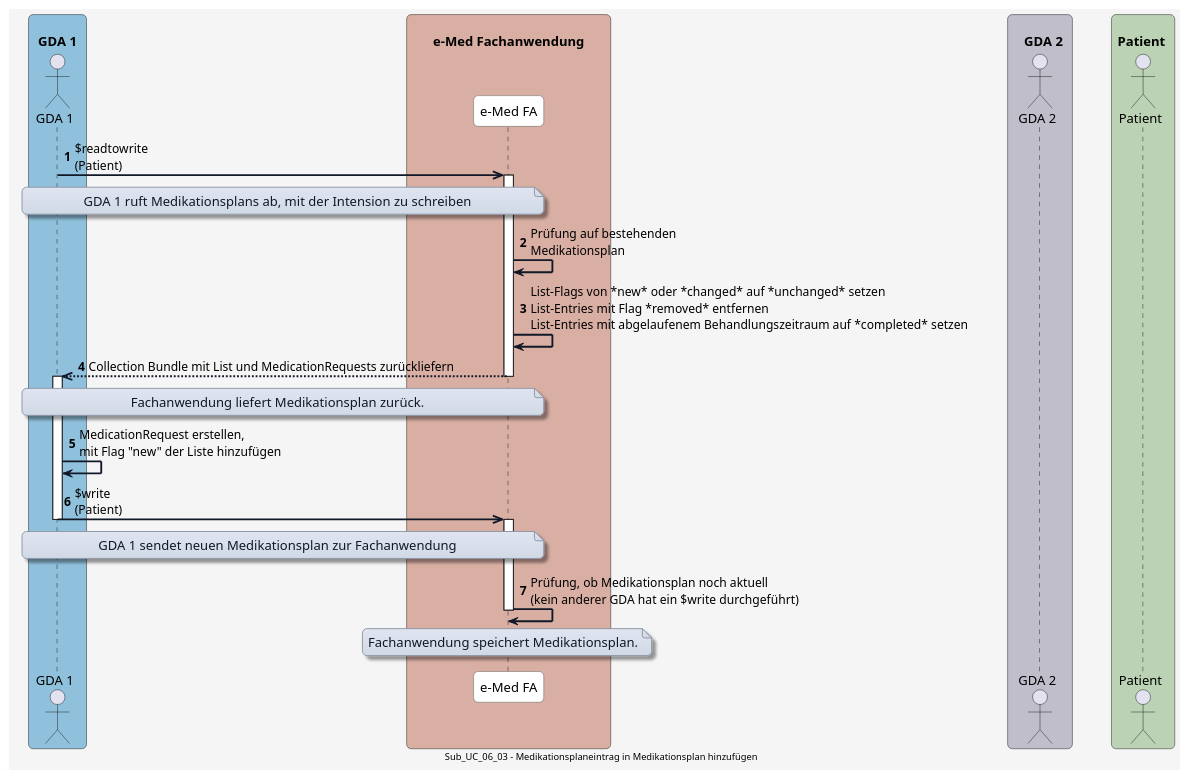
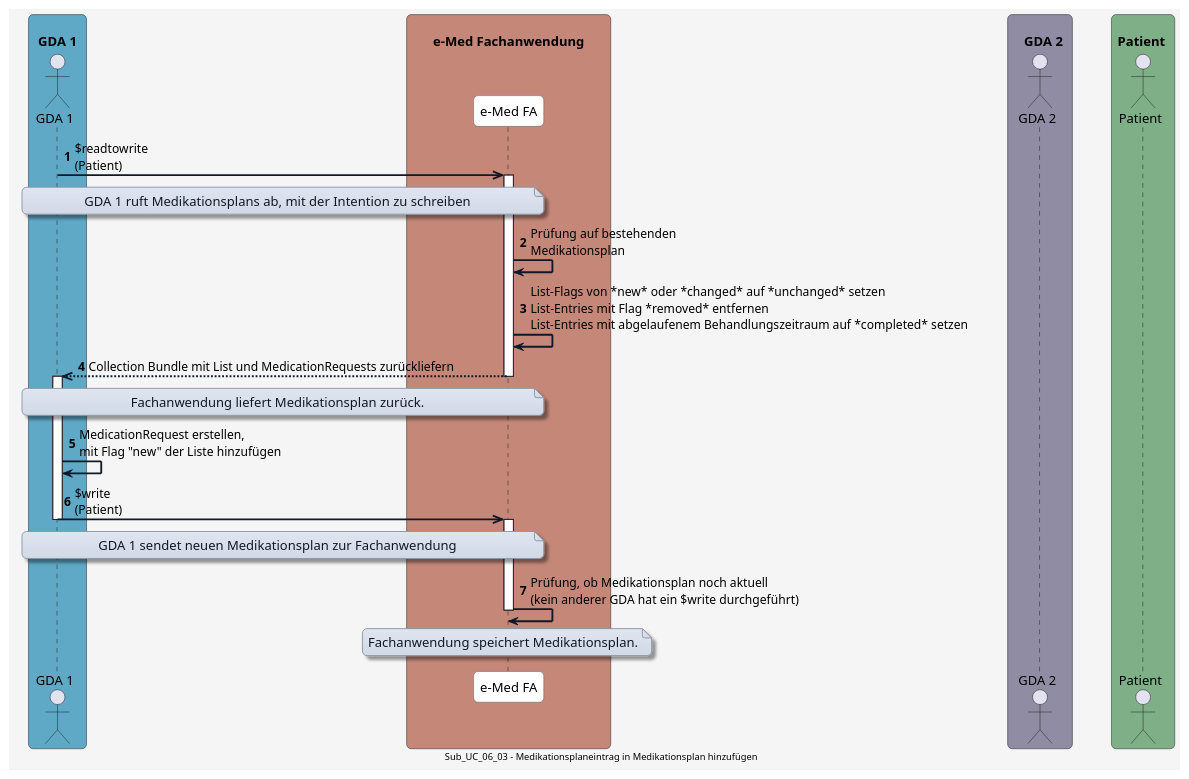
One commit to HL7Austria/ELGA-e-Medikation-R4 changed the diagram in input/images-source/UC_06_03.plantuml. Above: the diagram before and after it, drawn with PlantUML. The commit also changed 6 other files, not shown here.

Commit message:
Adapt diagram

```diff
--- a/input/images-source/UC_06_03.plantuml
+++ b/input/images-source/UC_06_03.plantuml
@@ -1,101 +1,101 @@
 @startuml
 skinparam borderColor #000000
 skinparam backgroundColor #f5f5f5
 skinparam shadowing false
 skinparam roundCorner 10
 skinparam defaultFontName "Arial"
 skinparam defaultFontSize 14
 skinparam defaultFontColor #000000
 
 skinparam note {
   BackgroundColor #e0e5f0-#d1d9e6
   BorderColor #8b95a5
   BorderThickness 1
   RoundCorner 8
   Padding 6
   FontColor #111827
   Shadowing true
 }
 
 skinparam HyperlinkColor #0000EE
 skinparam HyperlinkUnderline false
 
 skinparam sequence {
   ParticipantBorderColor #555555
   ParticipantBackgroundColor #ffffff
   ParticipantFontColor #000000
   ParticipantFontSize 14
   ParticipantPadding 20
   ArrowColor #111827
   ArrowThickness 2
   ArrowFontColor #000000
   ArrowFontSize 13
   GroupBorderColor #111827
   GroupBackgroundColor #f3f4f6
   GroupBorderThickness 1
 }
 
 skinparam BoxPadding 20
 skinparam BoxBorderColor #555555
 
-box "\n  GDA 1  " #90C1DC
+box "\n  GDA 1  " #5FA8C6
   actor GDA_1 as "GDA 1"
 end box
 
-box "\n       e-Med Fachanwendung       " #D9AFA4
+box "\n       e-Med Fachanwendung       " #C48778
   participant eMed_FA as "e-Med FA"
 end box
 
-box "\n    GDA 2  " #C0BECB
+box "\n    GDA 2  " #8F8CA3
   actor GDA_2 as "GDA 2"
 end box
 
-box "\n Patient  " #BBD3B4
+box "\n Patient  " #7FAF87
   actor Patient as "Patient"
 end box
 
 autonumber
 
 GDA_1 ->> eMed_FA: $readtowrite\n(Patient)
 note over GDA_1, eMed_FA
-GDA 1 ruft Medikationsplans ab, mit der Intension zu schreiben
+GDA 1 ruft Medikationsplans ab, mit der Intention zu schreiben
 end note
 
 activate eMed_FA
 eMed_FA -> eMed_FA: Prüfung auf bestehenden\nMedikationsplan
 
 eMed_FA -> eMed_FA: List-Flags von *new* oder *changed* auf *unchanged* setzen\nList-Entries mit Flag *removed* entfernen\nList-Entries mit abgelaufenem Behandlungszeitraum auf *completed* setzen
 
 eMed_FA -->> GDA_1: Collection Bundle mit List und MedicationRequests zurückliefern
 
 deactivate eMed_FA
 
 note over GDA_1, eMed_FA
 Fachanwendung liefert Medikationsplan zurück.
 end note
 
 activate GDA_1
 
 GDA_1 -> GDA_1: MedicationRequest erstellen,\nmit Flag "new" der Liste hinzufügen
 
 GDA_1 ->> eMed_FA: $write\n(Patient)
 
 deactivate GDA_1
 
 note over GDA_1, eMed_FA
 GDA 1 sendet neuen Medikationsplan zur Fachanwendung
 end note
 
 activate eMed_FA
 
 eMed_FA -> eMed_FA: Prüfung, ob Medikationsplan noch aktuell\n(kein anderer GDA hat ein $write durchgeführt)
 
 note over eMed_FA
 Fachanwendung speichert Medikationsplan.
 end note
 
 deactivate eMed_FA
 
 center footer Sub_UC_06_03 - Medikationsplaneintrag in Medikationsplan hinzufügen
 
 @enduml
```
